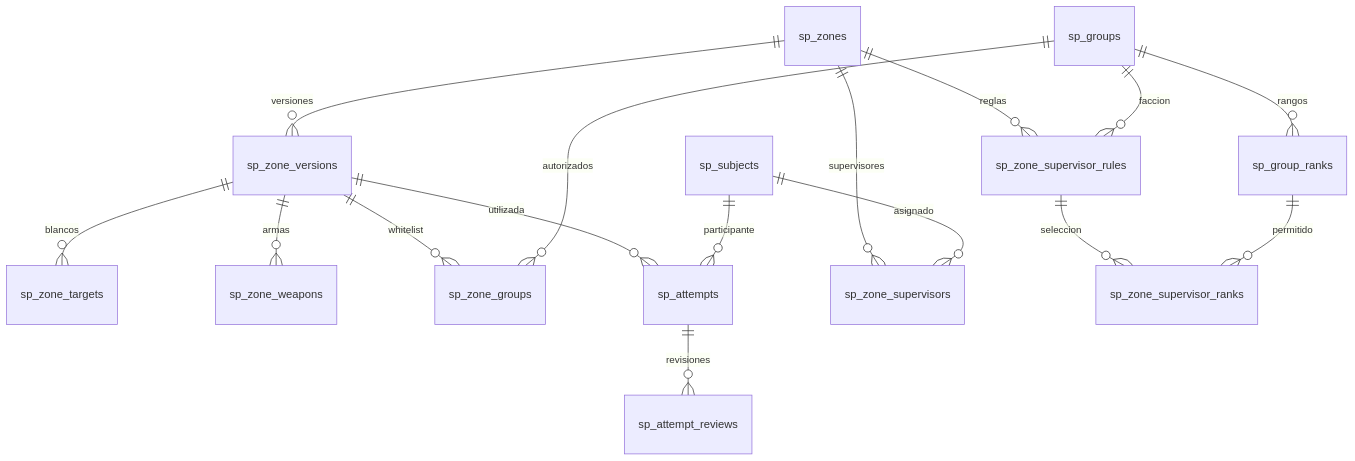
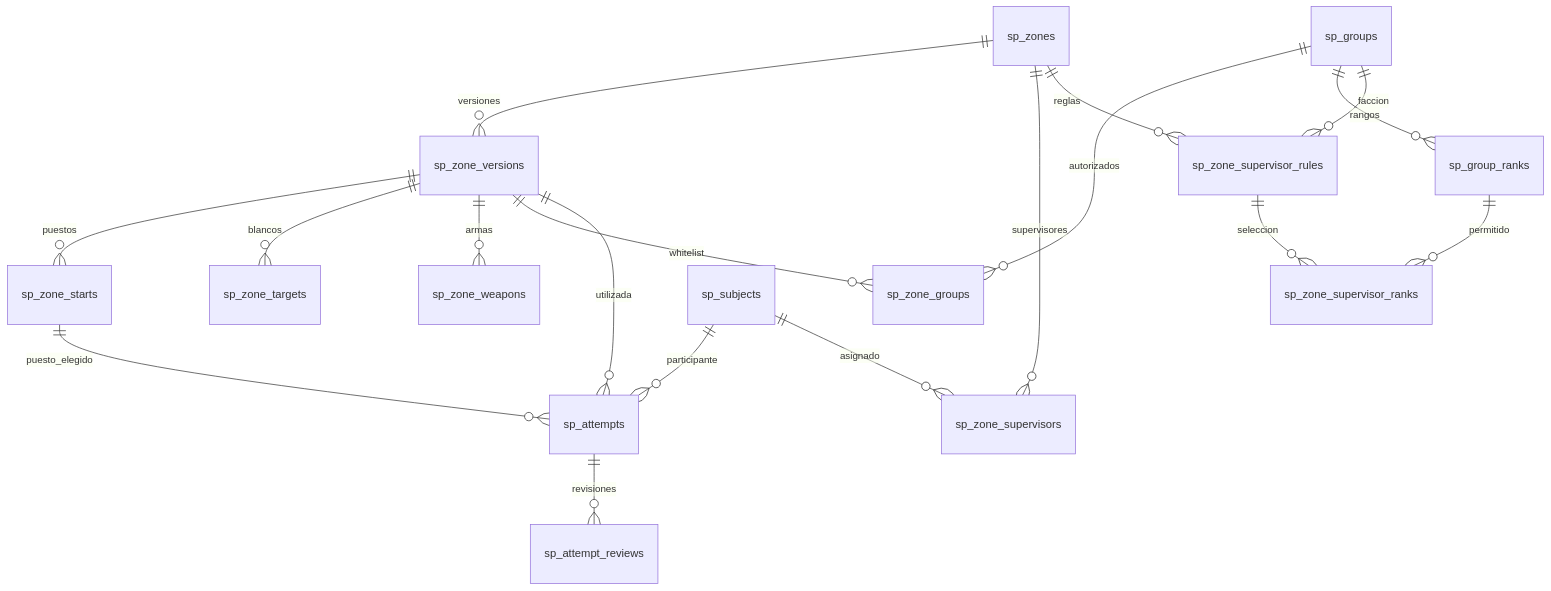
One commit to SouthViking/samp-codigo-abierto changed the diagram in .internal/shooting-practice-data-model.md. Above: the diagram before and after it, drawn with Mermaid. The commit also changed other lines of this file and 18 other files, not shown here.

````diff
--- a/.internal/shooting-practice-data-model.md
+++ b/.internal/shooting-practice-data-model.md
@@ -102,18 +110,20 @@
 ```mermaid
 erDiagram
     sp_zones ||--o{ sp_zone_versions : versiones
+    sp_zone_versions ||--o{ sp_zone_starts : puestos
     sp_zone_versions ||--o{ sp_zone_targets : blancos
     sp_zone_versions ||--o{ sp_zone_weapons : armas
     sp_zone_versions ||--o{ sp_zone_groups : whitelist
     sp_groups ||--o{ sp_zone_groups : autorizados
     sp_groups ||--o{ sp_group_ranks : rangos
     sp_zone_versions ||--o{ sp_attempts : utilizada
     sp_subjects ||--o{ sp_attempts : participante
+    sp_zone_starts ||--o{ sp_attempts : puesto_elegido
     sp_zones ||--o{ sp_zone_supervisors : supervisores
     sp_subjects ||--o{ sp_zone_supervisors : asignado
     sp_zones ||--o{ sp_zone_supervisor_rules : reglas
     sp_groups ||--o{ sp_zone_supervisor_rules : faccion
     sp_zone_supervisor_rules ||--o{ sp_zone_supervisor_ranks : seleccion
     sp_group_ranks ||--o{ sp_zone_supervisor_ranks : permitido
     sp_attempts ||--o{ sp_attempt_reviews : revisiones
 ```
````
